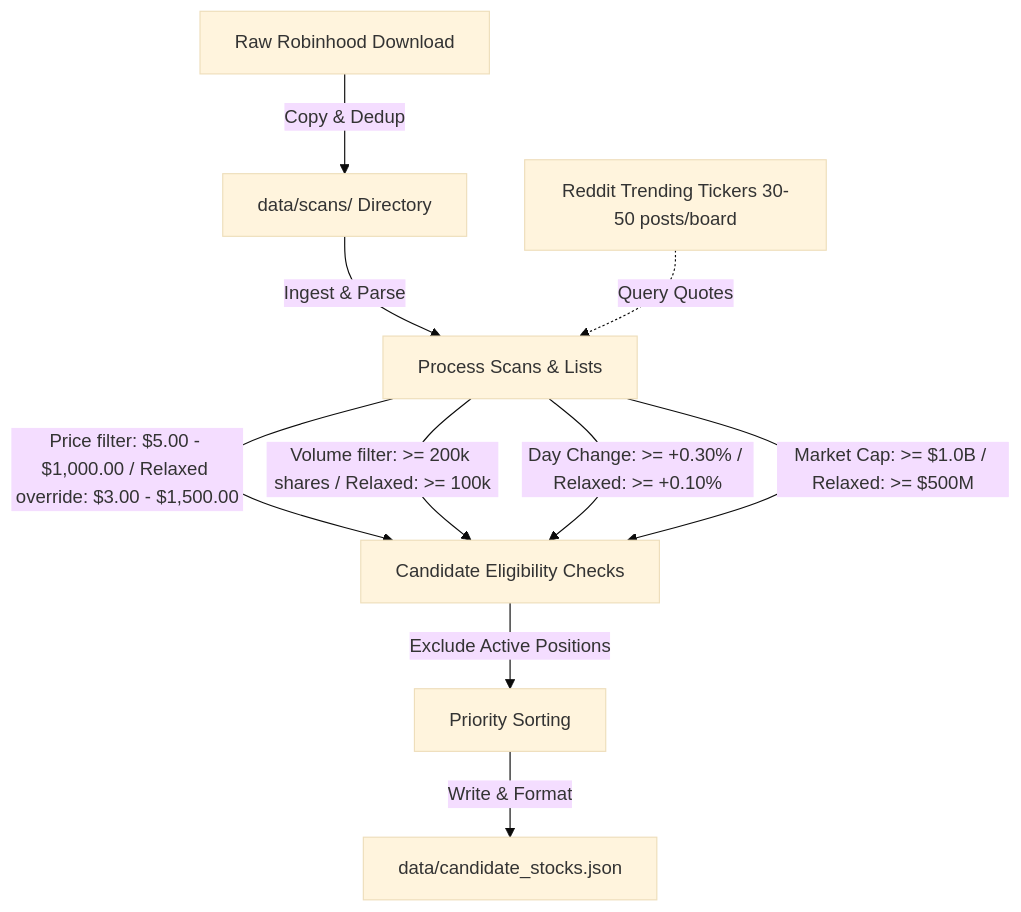
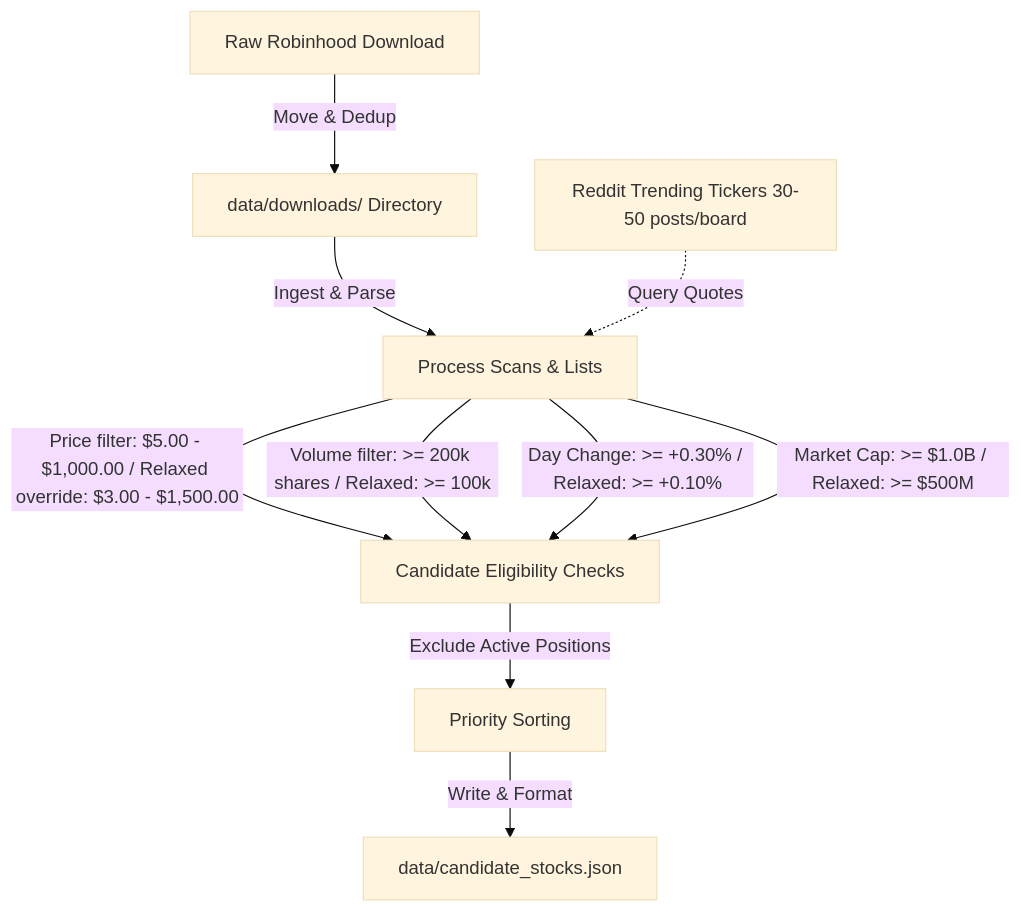
One commit to Aymeric/wip changed the fourth of 5 diagrams in README.md. Above: the diagram before and after it, drawn with Mermaid (base theme). The commit also changed other lines of this file and 144 other files, not shown here.

````diff
--- a/README.md
+++ b/README.md
@@ -396,12 +396,12 @@
 ```mermaid
 graph TD
-    A[Raw Robinhood Download] -->|Copy & Dedup| B[data/scans/ Directory]
+    A[Raw Robinhood Download] -->|Move & Dedup| B[data/downloads/ Directory]
     B -->|Ingest & Parse| C[Process Scans & Lists]
     R[Reddit Trending Tickers 30-50 posts/board] -.->|Query Quotes| C
     C -->|Price filter: $5.00 - $1,000.00 / Relaxed override: $3.00 - $1,500.00| D[Candidate Eligibility Checks]
     C -->|Volume filter: >= 200k shares / Relaxed: >= 100k| D
     C -->|Day Change: >= +0.30% / Relaxed: >= +0.10%| D
     C -->|Market Cap: >= $1.0B / Relaxed: >= $500M| D
     D -->|Exclude Active Positions| E[Priority Sorting]
     E -->|Write & Format| F[data/candidate_stocks.json]
 ```
````
